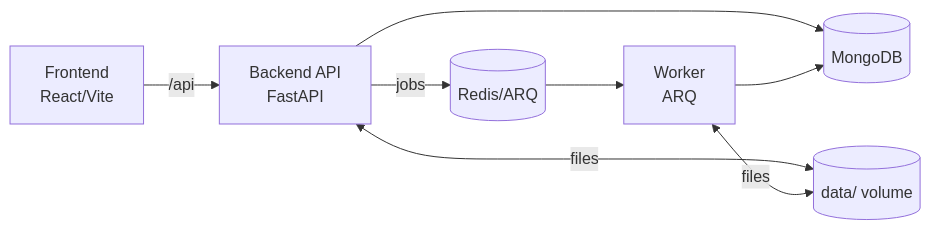
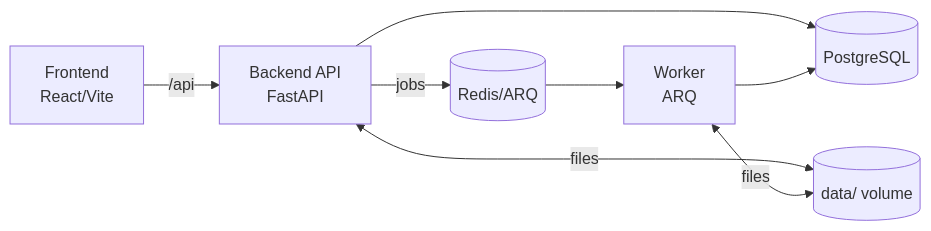
Before and after one commit to Kitabim-AI/kitabim-ai: the diagram in README.md, drawn with Mermaid. The commit also changed other lines of this file and 61 other files, not shown here.

First line of the commit message:
Migrate to PostgreSQL and reorganize infrastructure

````diff
--- a/README.md
+++ b/README.md
@@ -42,10 +43,10 @@
 ```mermaid
 flowchart LR
   FE[Frontend<br/>React/Vite] -->|/api| BE[Backend API<br/>FastAPI]
   BE -->|jobs| RQ[(Redis/ARQ)]
   RQ --> WK[Worker<br/>ARQ]
-  BE --> DB[(MongoDB)]
+  BE --> DB[(PostgreSQL)]
   WK --> DB
   BE <-->|files| DATA[(data/ volume)]
   WK <-->|files| DATA
 ```
````
